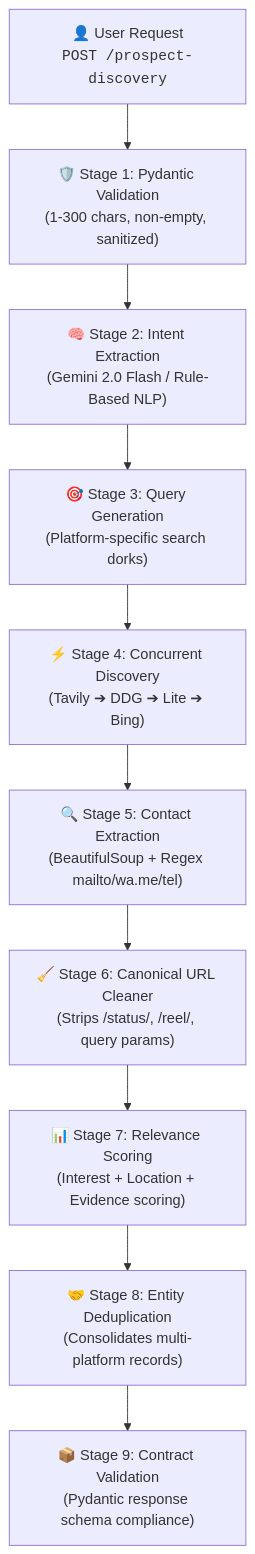
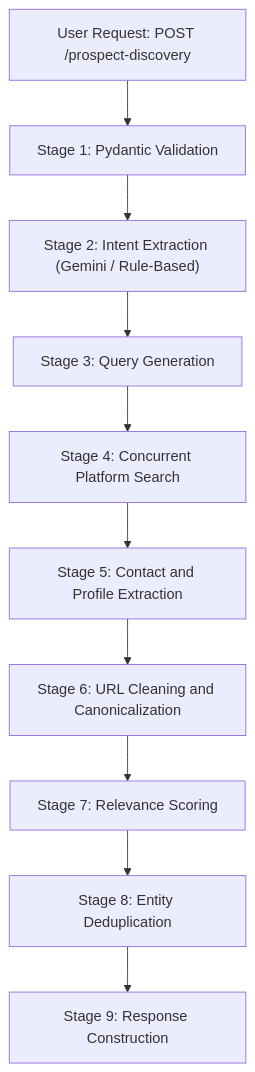
Before and after one commit to aman002175/ai-prospect-discovery: the diagram in README.md, drawn with Mermaid. The commit also changed other lines of this file and 5 other files, not shown here.

````diff
--- a/README.md
+++ b/README.md
@@ -56,12 +30,12 @@
 ```mermaid
 flowchart TD
-    A["👤 User Request<br><code>POST /prospect-discovery</code>"] --> B["🛡️ Stage 1: Pydantic Validation<br>(1-300 chars, non-empty, sanitized)"]
-    B --> C["🧠 Stage 2: Intent Extraction<br>(Gemini 2.0 Flash / Rule-Based NLP)"]
-    C --> D["🎯 Stage 3: Query Generation<br>(Platform-specific search dorks)"]
-    D --> E["⚡ Stage 4: Concurrent Discovery<br>(Tavily ➔ DDG ➔ Lite ➔ Bing)"]
-    E --> F["🔍 Stage 5: Contact Extraction<br>(BeautifulSoup + Regex mailto/wa.me/tel)"]
-    F --> G["🧹 Stage 6: Canonical URL Cleaner<br>(Strips /status/, /reel/, query params)"]
-    G --> H["📊 Stage 7: Relevance Scoring<br>(Interest + Location + Evidence scoring)"]
-    H --> I["🤝 Stage 8: Entity Deduplication<br>(Consolidates multi-platform records)"]
-    I --> J["📦 Stage 9: Contract Validation<br>(Pydantic response schema compliance)"]
+    A["User Request: POST /prospect-discovery"] --> B["Stage 1: Pydantic Validation"]
+    B --> C["Stage 2: Intent Extraction (Gemini / Rule-Based)"]
+    C --> D["Stage 3: Query Generation"]
+    D --> E["Stage 4: Concurrent Platform Search"]
+    E --> F["Stage 5: Contact and Profile Extraction"]
+    F --> G["Stage 6: URL Cleaning and Canonicalization"]
+    G --> H["Stage 7: Relevance Scoring"]
+    H --> I["Stage 8: Entity Deduplication"]
+    I --> J["Stage 9: Response Construction"]
 ```
````
